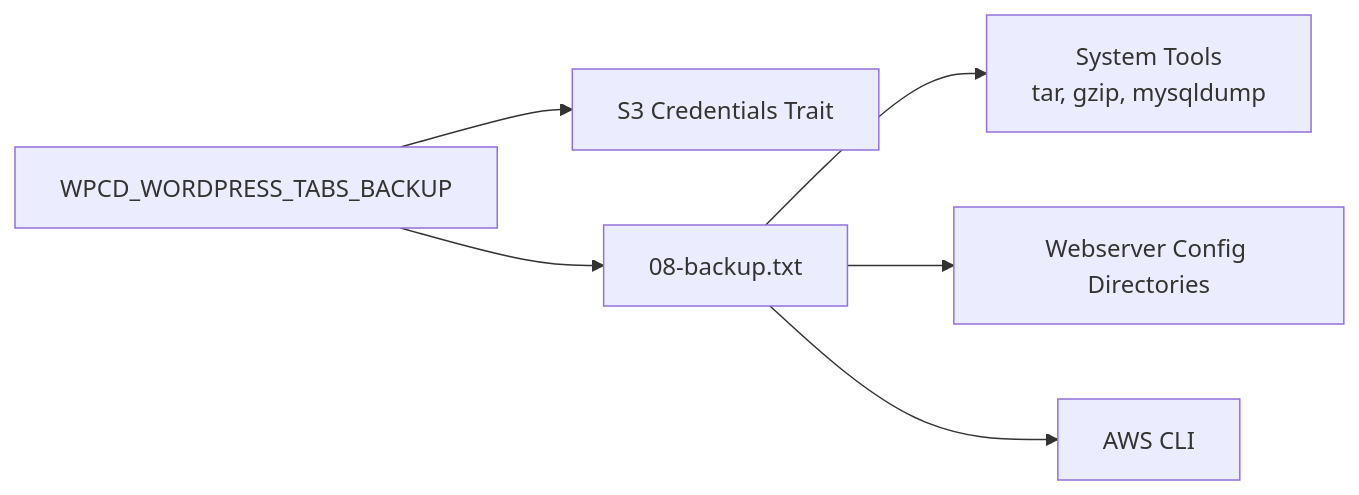
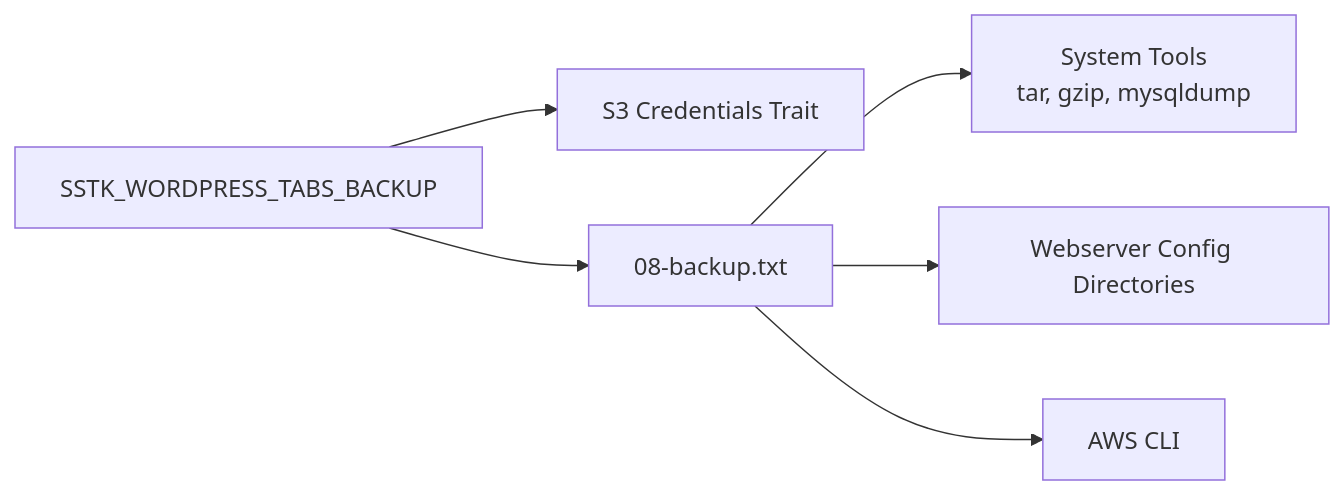
The fifth of 5 diagrams in .qoder/repowiki/en/content/Operational Tools/Backup & Restore System/Core Backup Operations.md (onedogsolutions/simple-stack), drawn with Mermaid before and after one commit. The commit also changed other lines of this file and 5941 other files, not shown here.

````diff
--- a/.qoder/repowiki/en/content/Operational Tools/Backup & Restore System/Core Backup Operations.md
+++ b/.qoder/repowiki/en/content/Operational Tools/Backup & Restore System/Core Backup Operations.md
@@ -300,8 +300,8 @@
 ```mermaid
 graph LR
-Controller["WPCD_WORDPRESS_TABS_BACKUP"] --> Trait["S3 Credentials Trait"]
+Controller["SSTK_WORDPRESS_TABS_BACKUP"] --> Trait["S3 Credentials Trait"]
 Controller --> Script["08-backup.txt"]
 Script --> Tools["System Tools<br/>tar, gzip, mysqldump"]
 Script --> WSConf["Webserver Config Directories"]
 Script --> S3CLI["AWS CLI"]
 ```
````
